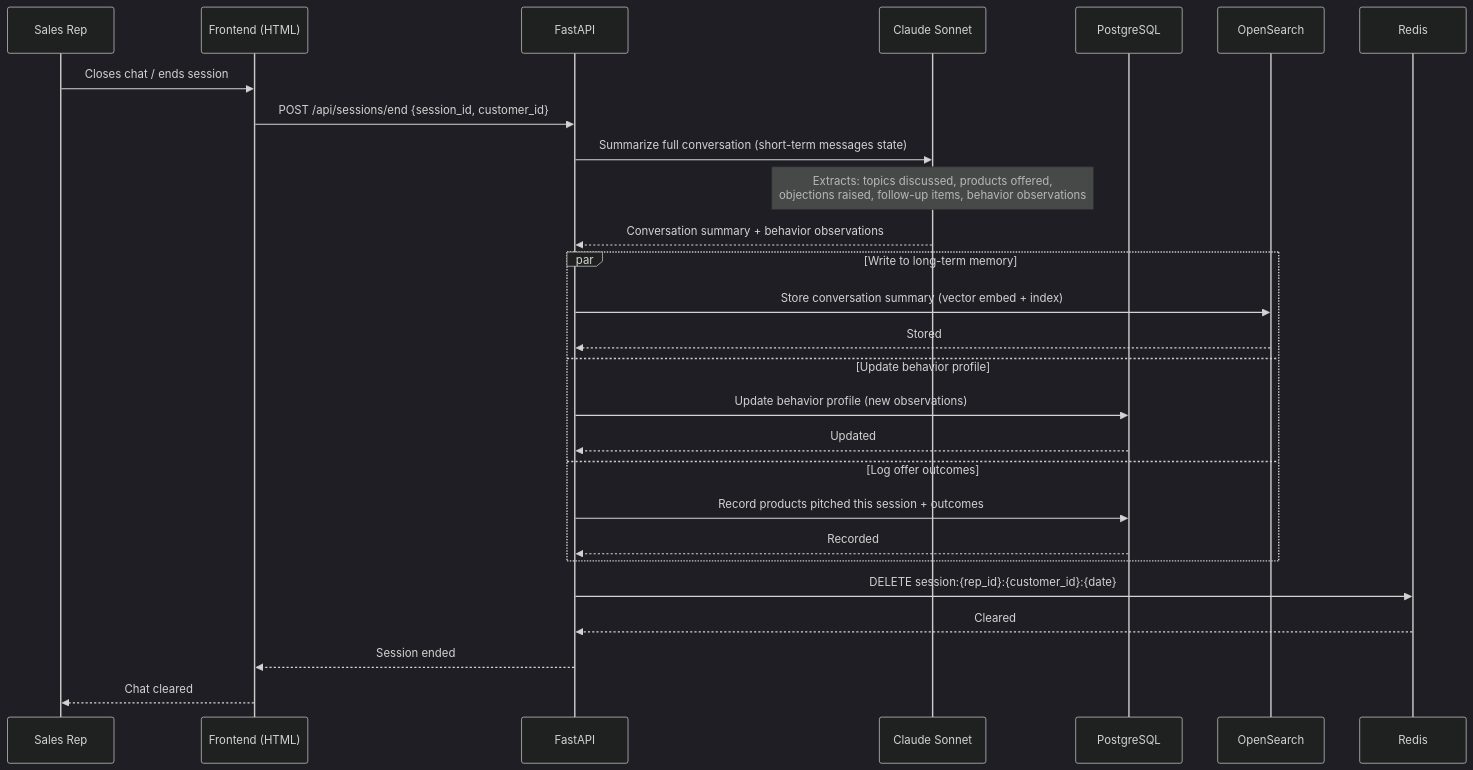
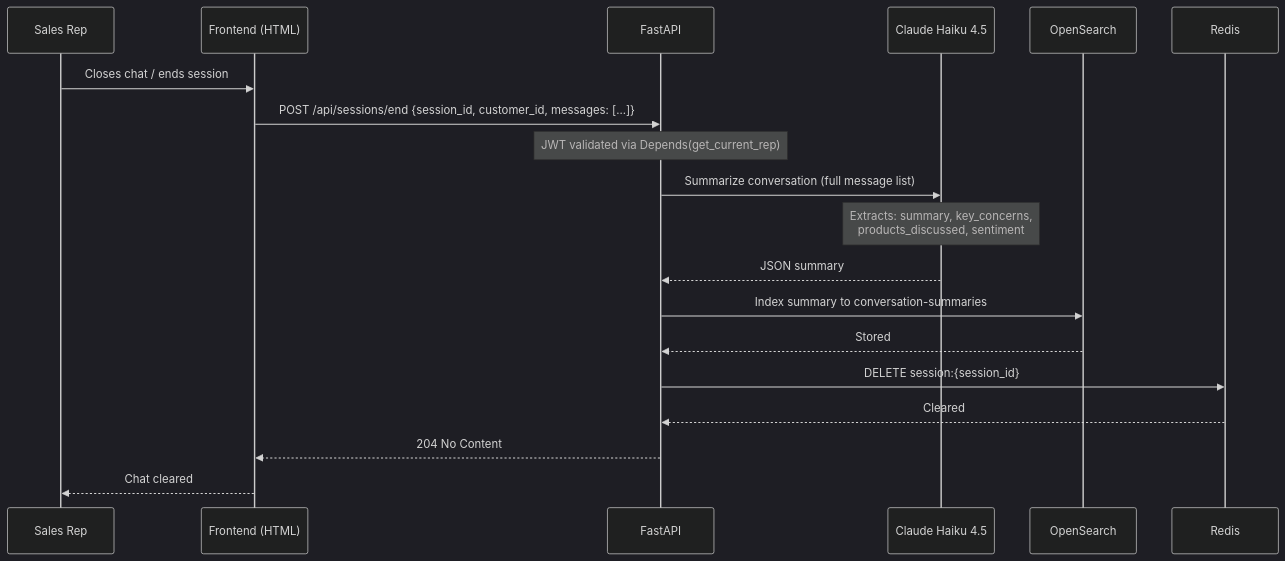
One commit to sonnylai/AI-FrontLine-Agent changed the second of 5 diagrams in sequence.md. Above: the diagram before and after it, drawn with Mermaid (dark theme). The commit also changed other lines of this file, not shown here.

First line of the commit message:
docs: rewrite all 5 sequence diagrams to match actual code

````diff
--- a/sequence.md
+++ b/sequence.md
@@ -52,34 +48,27 @@
 ```mermaid
 sequenceDiagram
     participant Rep as Sales Rep
     participant FE as Frontend (HTML)
     participant API as FastAPI
-    participant CS as Claude Sonnet
-    participant PG as PostgreSQL
+    participant Haiku as Claude Haiku 4.5
     participant OS as OpenSearch
     participant Redis
 
     Rep->>FE: Closes chat / ends session
-    FE->>API: POST /api/sessions/end {session_id, customer_id}
+    FE->>API: POST /api/sessions/end {session_id, customer_id, messages: [...]}
 
-    API->>CS: Summarize full conversation (short-term messages state)
-    Note over CS: Extracts: topics discussed, products offered,<br/>objections raised, follow-up items, behavior observations
-    CS-->>API: Conversation summary + behavior observations
+    Note over API: JWT validated via Depends(get_current_rep)
 
-    par Write to long-term memory
-        API->>OS: Store conversation summary (vector embed + index)
-        OS-->>API: Stored
-    and Update behavior profile
-        API->>PG: Update behavior profile (new observations)
-        PG-->>API: Updated
-    and Log offer outcomes
-        API->>PG: Record products pitched this session + outcomes
-        PG-->>API: Recorded
-    end
+    API->>Haiku: Summarize conversation (full message list)
+    Note over Haiku: Extracts: summary, key_concerns,<br/>products_discussed, sentiment
+    Haiku-->>API: JSON summary
 
-    API->>Redis: DELETE session:{rep_id}:{customer_id}:{date}
+    API->>OS: Index summary to conversation-summaries
+    OS-->>API: Stored
+
+    API->>Redis: DELETE session:{session_id}
     Redis-->>API: Cleared
 
-    API-->>FE: Session ended
+    API-->>FE: 204 No Content
     FE-->>Rep: Chat cleared
 ```
````
